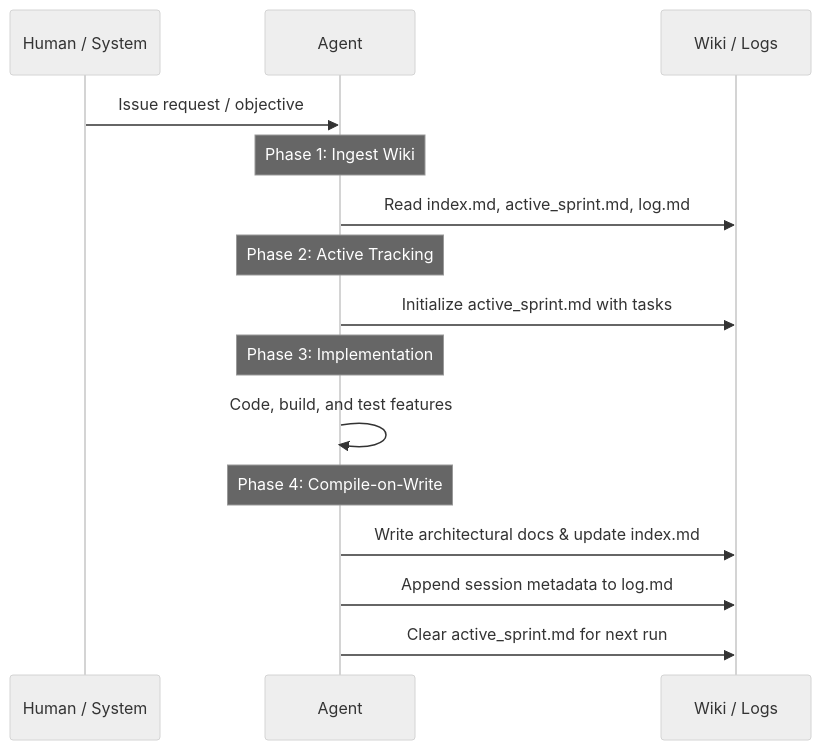
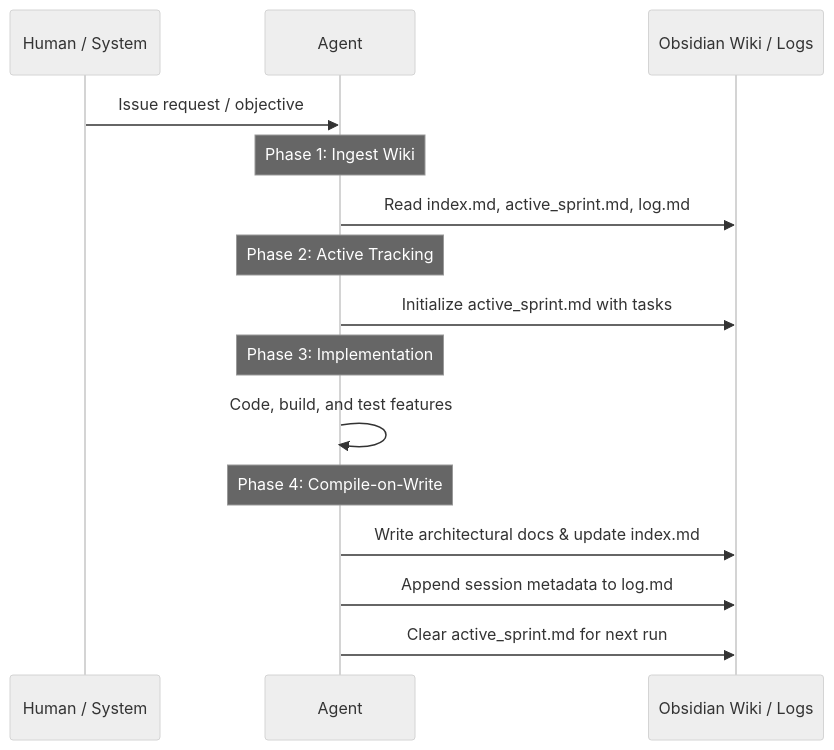
Before and after one commit to No-Origins/no-origins: the second of 2 diagrams in wiki/global/collaborative_guidelines.md, drawn with Mermaid (neutral theme). The commit also changed other lines of this file and 10 other files, not shown here.

````diff
--- a/wiki/global/collaborative_guidelines.md
+++ b/wiki/global/collaborative_guidelines.md
@@ -67,18 +67,18 @@
 ```mermaid
 sequenceDiagram
     participant H as Human / System
     participant A as Agent
-    participant W as Wiki / Logs
+    participant W as Obsidian Wiki / Logs
     
     H->>A: Issue request / objective
     Note over A: Phase 1: Ingest Wiki
     A->>W: Read index.md, active_sprint.md, log.md
     Note over A: Phase 2: Active Tracking
     A->>W: Initialize active_sprint.md with tasks
     Note over A: Phase 3: Implementation
     A->>A: Code, build, and test features
     Note over A: Phase 4: Compile-on-Write
     A->>W: Write architectural docs & update index.md
     A->>W: Append session metadata to log.md
     A->>W: Clear active_sprint.md for next run
 ```
````
